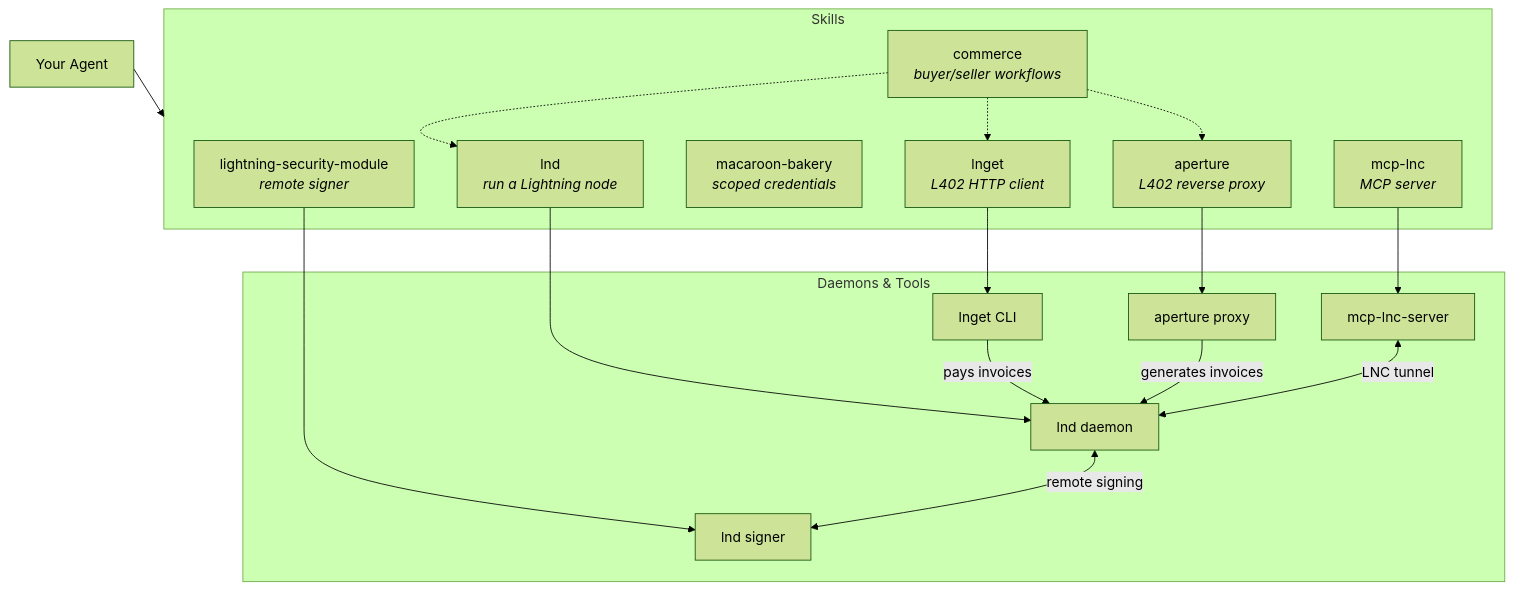
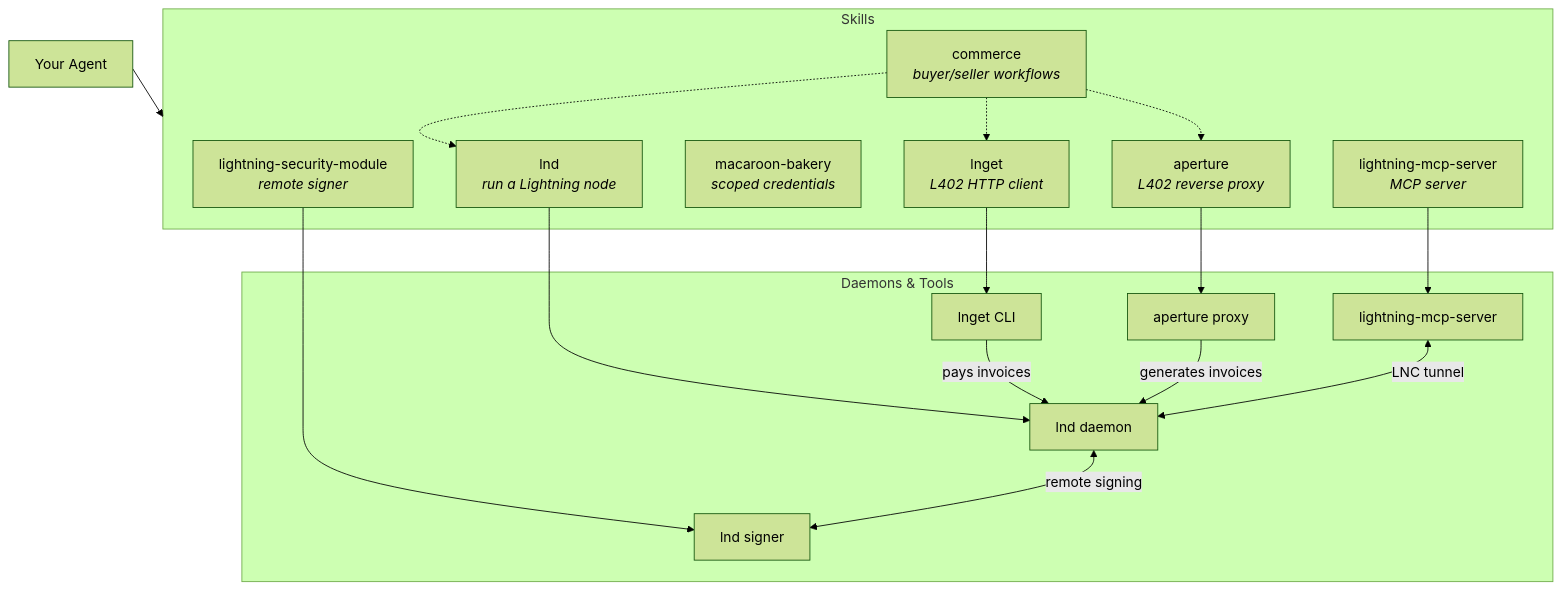
One commit to Liongrass/lightning-agent-tools changed the first of 2 diagrams in README.md. Above: the diagram before and after it, drawn with Mermaid (forest theme). The commit also changed other lines of this file and 45 other files, not shown here.

First line of the commit message:
rename: mcp-server -> lightning-mcp-server

````diff
--- a/README.md
+++ b/README.md
@@ -25,37 +25,37 @@
 ```mermaid
 graph TD
     CC["Your Agent"] --> Skills
 
     subgraph Skills["Skills"]
         lnd["lnd<br/><i>run a Lightning node</i>"]
         lsm["lightning-security-module<br/><i>remote signer</i>"]
         mb["macaroon-bakery<br/><i>scoped credentials</i>"]
         lg["lnget<br/><i>L402 HTTP client</i>"]
         ap["aperture<br/><i>L402 reverse proxy</i>"]
-        mcp["mcp-lnc<br/><i>MCP server</i>"]
+        mcp["lightning-mcp-server<br/><i>MCP server</i>"]
         com["commerce<br/><i>buyer/seller workflows</i>"]
     end
 
     subgraph Runtime["Daemons & Tools"]
         lnd_d["lnd daemon"]
         signer_d["lnd signer"]
         aperture_d["aperture proxy"]
         lnget_d["lnget CLI"]
-        mcp_d["mcp-lnc-server"]
+        mcp_d["lightning-mcp-server"]
     end
 
     lnd --> lnd_d
     lsm --> signer_d
     lg --> lnget_d
     ap --> aperture_d
     mcp --> mcp_d
 
     lnd_d <-->|"remote signing"| signer_d
     lnget_d -->|"pays invoices"| lnd_d
     aperture_d -->|"generates invoices"| lnd_d
     mcp_d <-->|"LNC tunnel"| lnd_d
 
     com -.-> lnd
     com -.-> lg
     com -.-> ap
 ```
````
